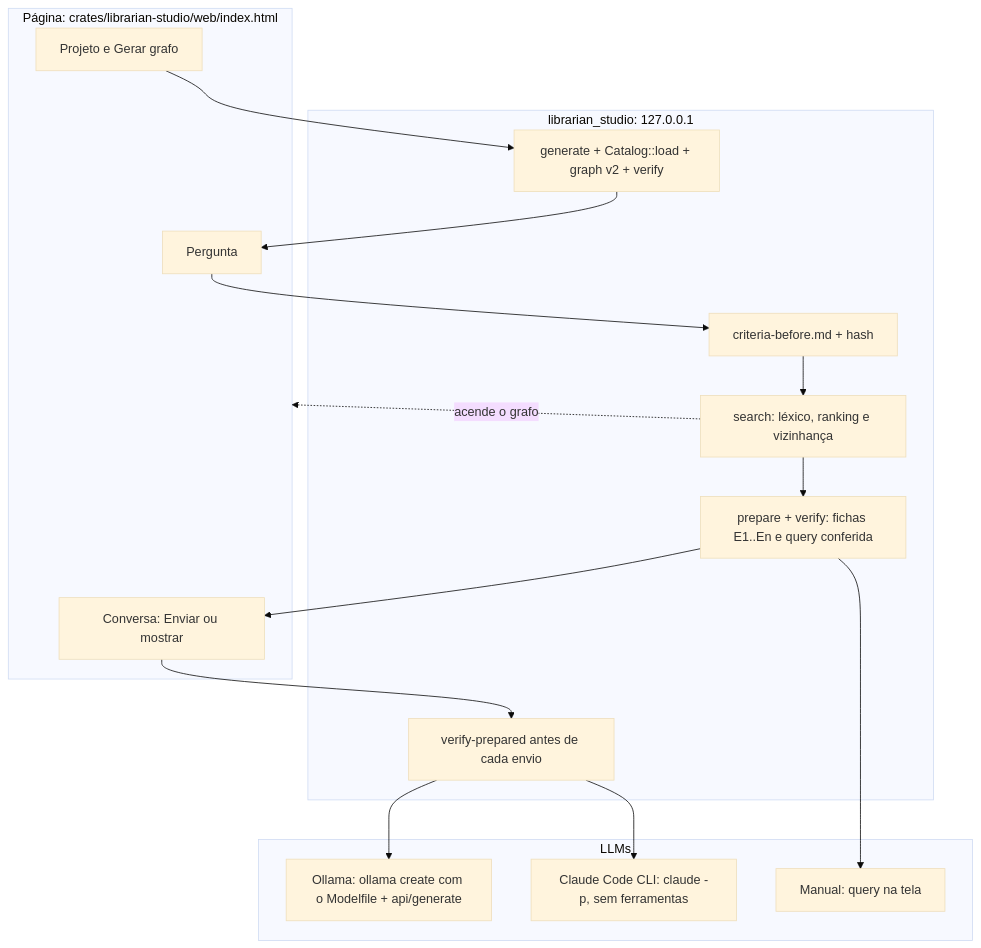
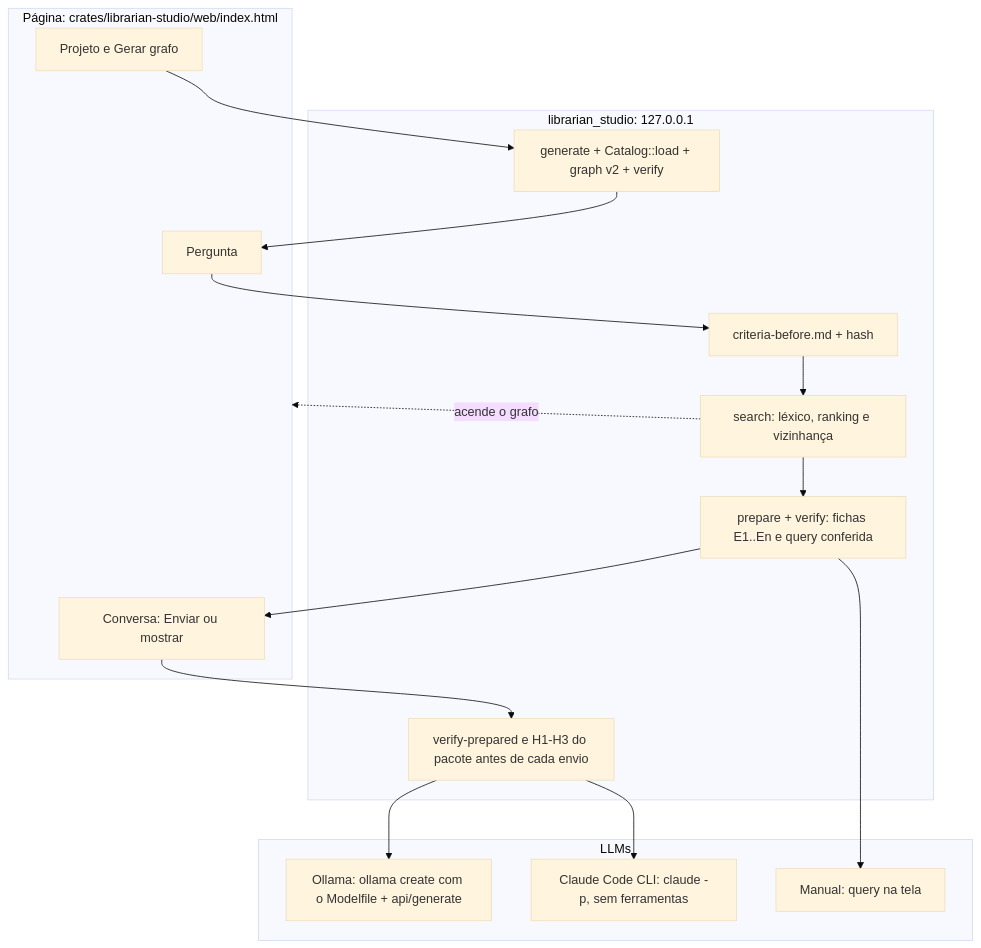
The diagram in STUDIO.md (ViniciusSJV/librarian), drawn with Mermaid (base theme) before and after one commit. The commit also changed other lines of this file and 4 other files, not shown here.

````diff
--- a/STUDIO.md
+++ b/STUDIO.md
@@ -874,26 +878,26 @@
 ```mermaid
 flowchart TD
     subgraph W[Página: crates/librarian-studio/web/index.html]
         U1[Projeto e Gerar grafo]
         U2[Pergunta]
         U3[Conversa: Enviar ou mostrar]
     end
     subgraph S[librarian_studio: 127.0.0.1]
         G[generate + Catalog::load + graph v2 + verify]
         C[criteria-before.md + hash]
         B[search: léxico, ranking e vizinhança]
         P[prepare + verify: fichas E1..En e query conferida]
-        V[verify-prepared antes de cada envio]
+        V[verify-prepared e H1-H3 do pacote antes de cada envio]
     end
     subgraph L[LLMs]
         O[Ollama: ollama create com o Modelfile + api/generate]
         CL[Claude Code CLI: claude -p, sem ferramentas]
         M[Manual: query na tela]
     end
     U1 --> G --> U2
     U2 --> C --> B --> P --> U3
     B -. acende o grafo .-> W
     U3 --> V --> O
     V --> CL
     P --> M
 ```
````
